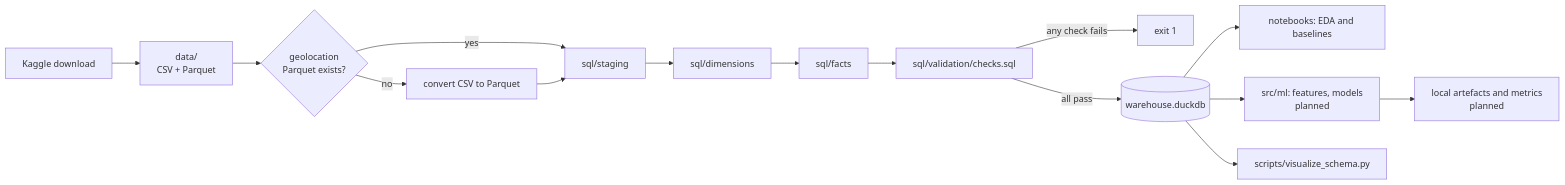
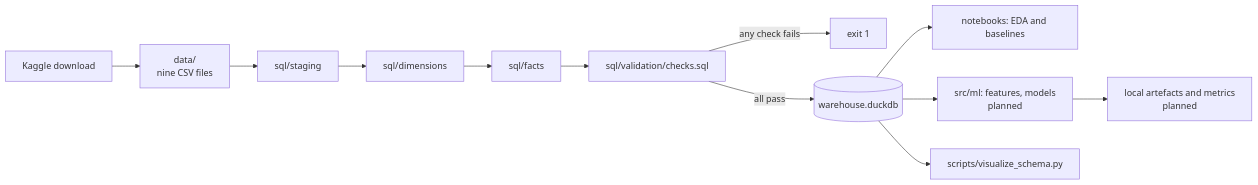
One commit to garcane/GCP changed the diagram in ARCHITECTURE.md. Above: the diagram before and after it, drawn with Mermaid. The commit also changed other lines of this file and 20 other files, not shown here.

First line of the commit message:
Remove the geolocation Parquet conversion; read the CSV directly (DD-16)

````diff
--- a/ARCHITECTURE.md
+++ b/ARCHITECTURE.md
@@ -24,17 +24,14 @@
 ```mermaid
 flowchart LR
-    K[Kaggle download] --> D[data/<br/>CSV + Parquet]
-    D --> G{geolocation<br/>Parquet exists?}
-    G -- no --> C[convert CSV to Parquet]
-    G -- yes --> S
-    C --> S[sql/staging]
+    K[Kaggle download] --> D[data/<br/>nine CSV files]
+    D --> S[sql/staging]
     S --> DIM[sql/dimensions]
     DIM --> F[sql/facts]
     F --> V[sql/validation/checks.sql]
     V -- any check fails --> X[exit 1]
     V -- all pass --> W[(warehouse.duckdb)]
     W --> N[notebooks: EDA and baselines]
     W --> M[src/ml: features, models<br/>planned]
     M --> A[local artefacts and metrics<br/>planned]
     W --> P[scripts/visualize_schema.py]
 ```
````
